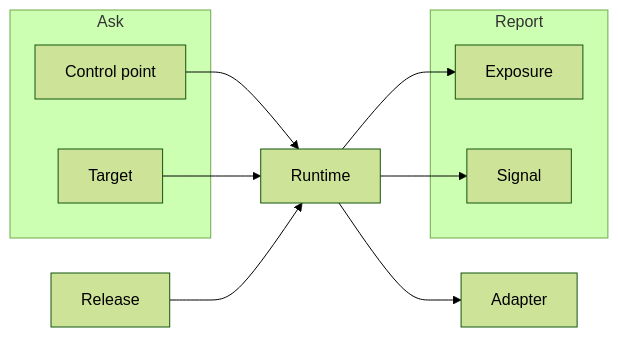
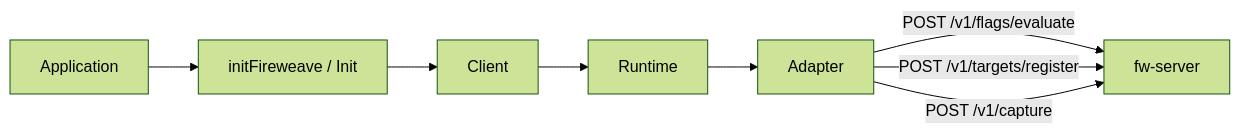
Before and after one commit to FireWeave-HQ/docs.fireweave.ai: the diagram in concepts.mdx, drawn with Mermaid (forest theme). The commit also changed other lines of this file and 40 other files, not shown here.

````diff
--- a/concepts.mdx
+++ b/concepts.mdx
@@ -43,19 +43,16 @@
 ```mermaid
 flowchart LR
-  subgraph ask [Ask]
-    CP[Control point]
-    TG[Target]
-  end
-  subgraph report [Report]
-    EX[Exposure]
-    SG[Signal]
-  end
+  App[Application]
+  Init["initFireweave / Init"]
+  Client[Client]
   RT[Runtime]
   AD[Adapter]
-  CP --> RT
-  TG --> RT
-  RL[Release] --> RT
+  Server[fw-server]
+  App --> Init
+  Init --> Client
+  Client --> RT
   RT --> AD
-  RT --> EX
-  RT --> SG
+  AD -->|"POST /v1/flags/evaluate"| Server
+  AD -->|"POST /v1/targets/register"| Server
+  AD -->|"POST /v1/capture"| Server
 ```
````
